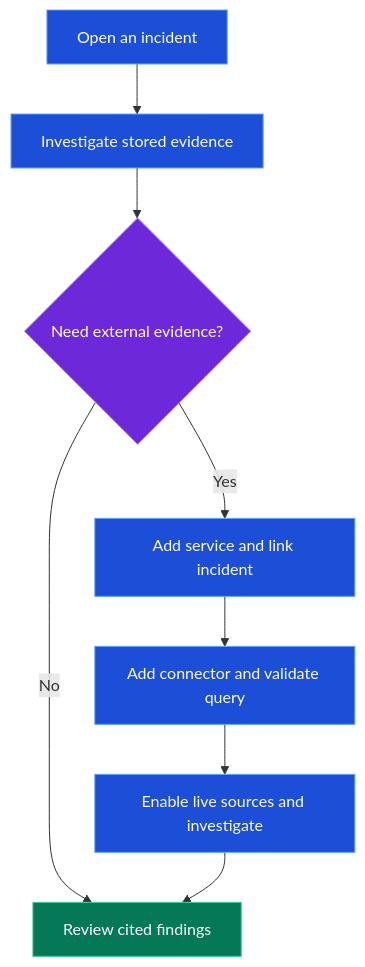
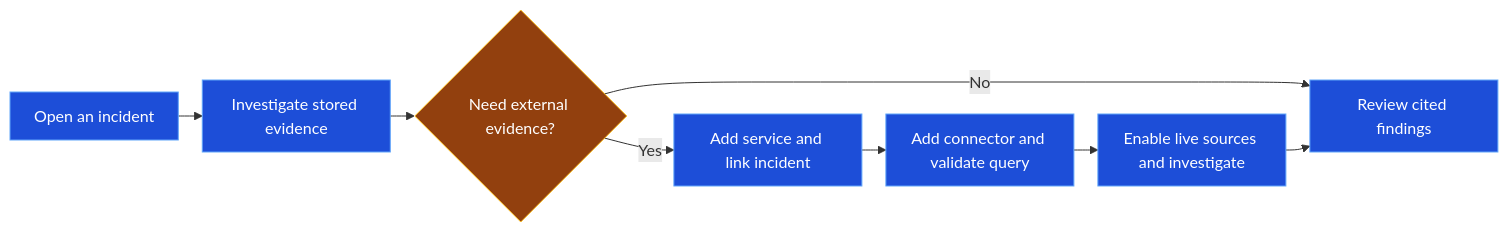
The diagram in docs/content/docs/app/admin/ai-sre-setup.mdx (supercheck-io/supercheck), drawn with Mermaid before and after one commit. The commit also changed other lines of this file and 5 other files, not shown here.

````diff
--- a/docs/content/docs/app/admin/ai-sre-setup.mdx
+++ b/docs/content/docs/app/admin/ai-sre-setup.mdx
@@ -73,17 +73,16 @@
 ```mermaid
-flowchart TB
+%%{init: {"flowchart":{"nodeSpacing":20,"rankSpacing":24,"padding":12,"wrappingWidth":140}}}%%
+flowchart LR
     Incident[Open an incident] --> Native[Investigate stored evidence]
     Native --> Need{Need external evidence?}
     Need -->|No|Review[Review cited findings]
     Need -->|Yes|Services[Add service and link incident]
     Services --> Connectors[Add connector and validate query]
     Connectors --> Live[Enable live sources and investigate]
     Live --> Review
 
     classDef action fill:#1d4ed8,stroke:#60a5fa,color:#fff
-    classDef choice fill:#6d28d9,stroke:#a78bfa,color:#fff
-    classDef success fill:#047857,stroke:#34d399,color:#fff
-    class Incident,Native,Services,Connectors,Live action
-    class Need choice
-    class Review success
+    classDef decision fill:#92400e,stroke:#fbbf24,color:#fff
+    class Incident,Native,Services,Connectors,Live,Review action
+    class Need decision
 ```
````
